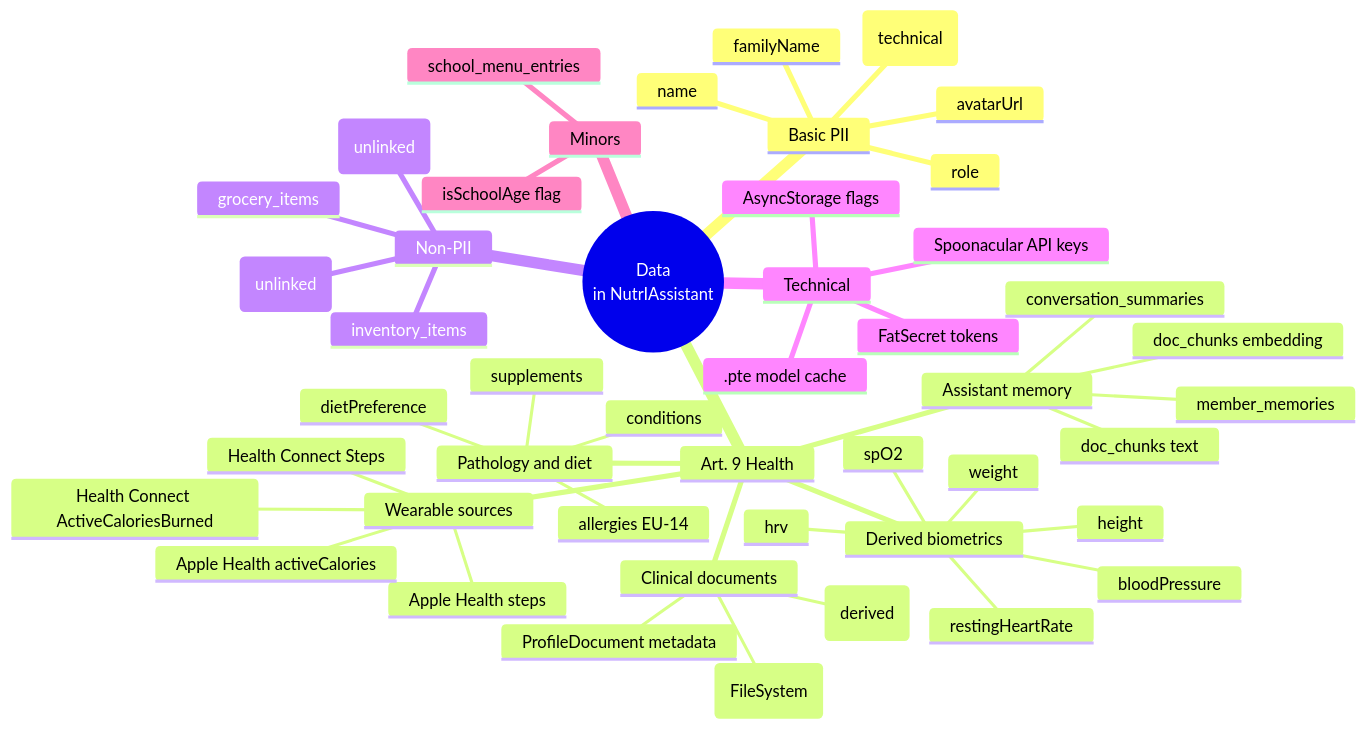
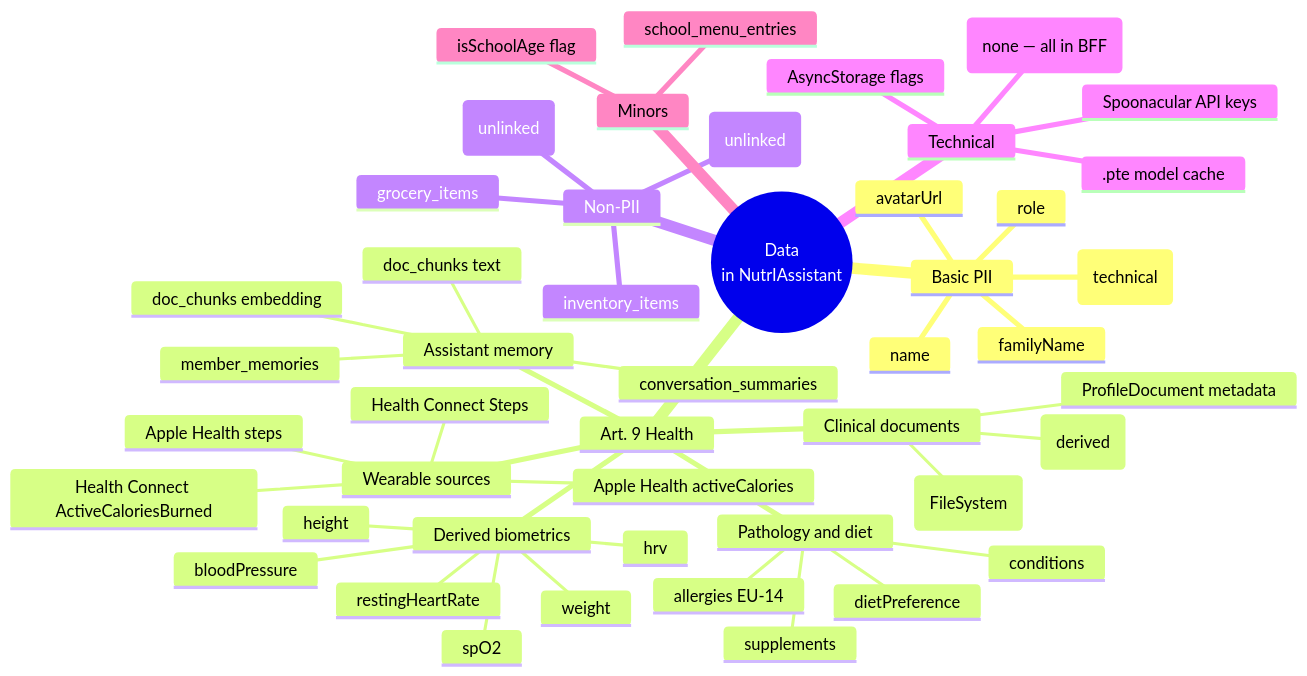
Diagram 13 of 24 in docs/data-architecture/11-diagrams.md (antonionc/nutrIAssistant), drawn with Mermaid before and after one commit. The commit also changed other lines of this file and 18 other files, not shown here.

````diff
--- a/docs/data-architecture/11-diagrams.md
+++ b/docs/data-architecture/11-diagrams.md
@@ -731,50 +731,50 @@
 ```mermaid
 mindmap
   root((Data<br/>in NutrIAssistant))
     Basic PII
       name
       role
       avatarUrl
       familyName
       device_id (technical)
     Art. 9 Health
       Derived biometrics
         weight
         height
         bloodPressure
         restingHeartRate
         hrv
         spO2
       Pathology and diet
         allergies EU-14
         conditions
         dietPreference
         supplements
       Clinical documents
         ProfileDocument metadata
         physical PDF (FileSystem)
         aiSummary (derived)
       Assistant memory
         member_memories
         doc_chunks text
         doc_chunks embedding
         conversation_summaries
       Wearable sources
         Apple Health steps
         Apple Health activeCalories
         Health Connect Steps
         Health Connect ActiveCaloriesBurned
     Non-PII
       inventory_items
       recipes (unlinked)
       grocery_items
       scan_history (unlinked)
     Technical
-      FatSecret tokens
+      (none — all in BFF)
       Spoonacular API keys
       .pte model cache
       AsyncStorage flags
     Minors
       isSchoolAge flag
       school_menu_entries
 ```
````
